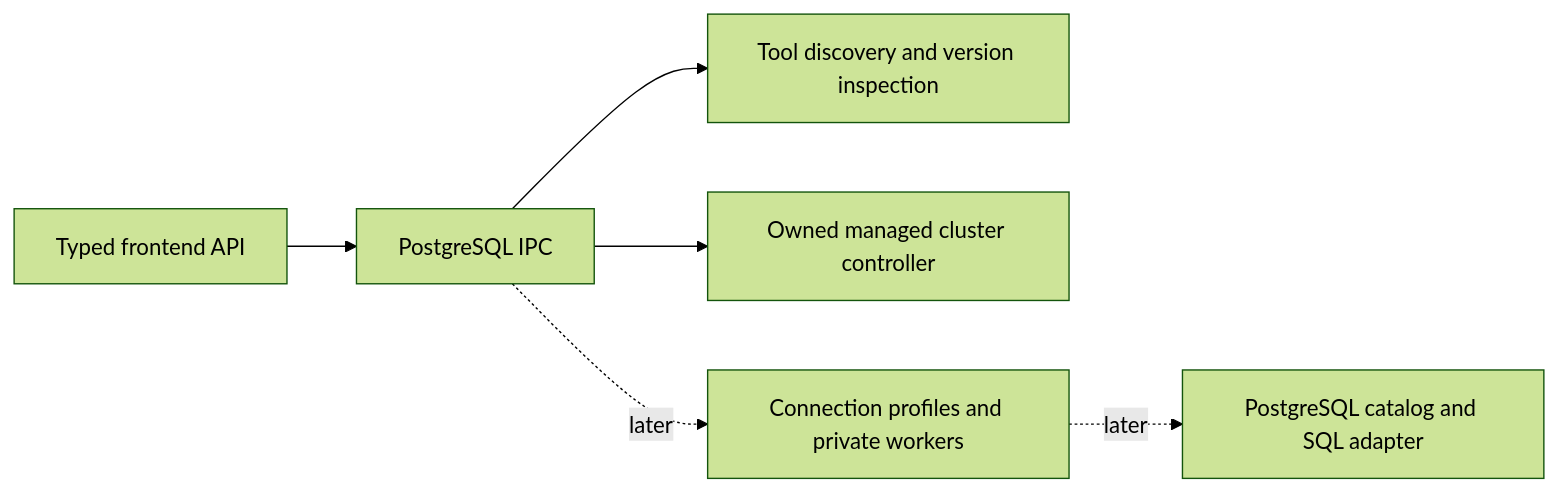
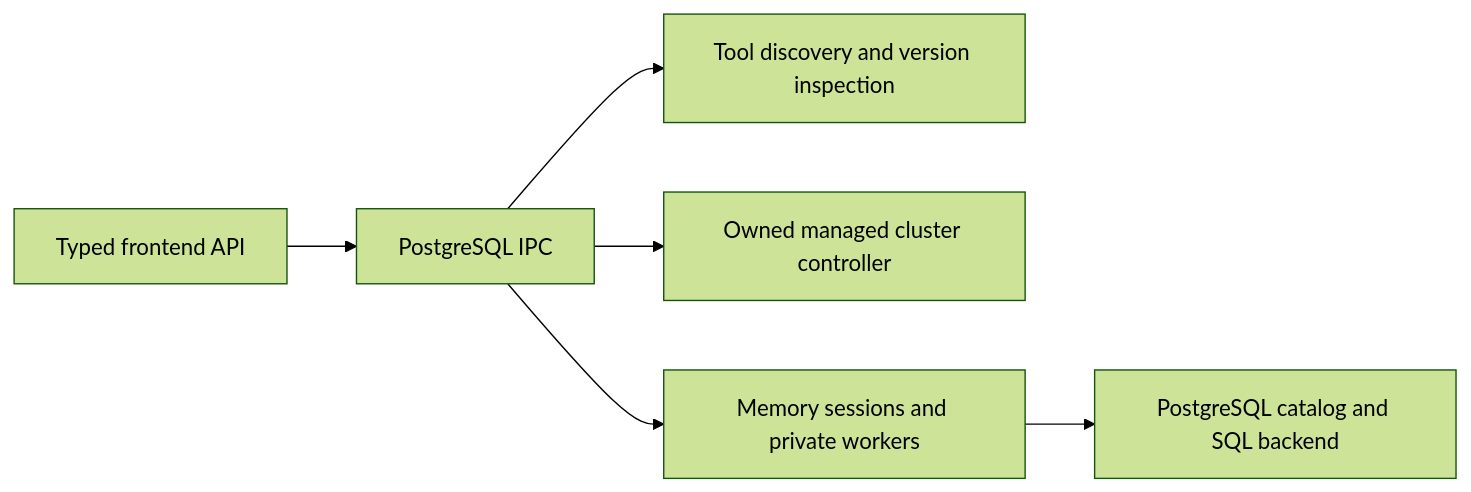
Before and after one commit to RizzRioo06/fairway-xmp: the diagram in docs/postgresql-integration.md, drawn with Mermaid (forest theme). The commit also changed other lines of this file and 6 other files, not shown here.

````diff
--- a/docs/postgresql-integration.md
+++ b/docs/postgresql-integration.md
@@ -100,8 +223,8 @@
 ```mermaid
 flowchart LR
   UI[Typed frontend API] --> IPC[PostgreSQL IPC]
   IPC --> Discovery[Tool discovery and version inspection]
   IPC --> Managed[Owned managed cluster controller]
-  IPC -. later .-> Connections[Connection profiles and private workers]
-  Connections -. later .-> Explorer[PostgreSQL catalog and SQL adapter]
+  IPC --> Connections[Memory sessions and private workers]
+  Connections --> Explorer[PostgreSQL catalog and SQL backend]
 ```
````
